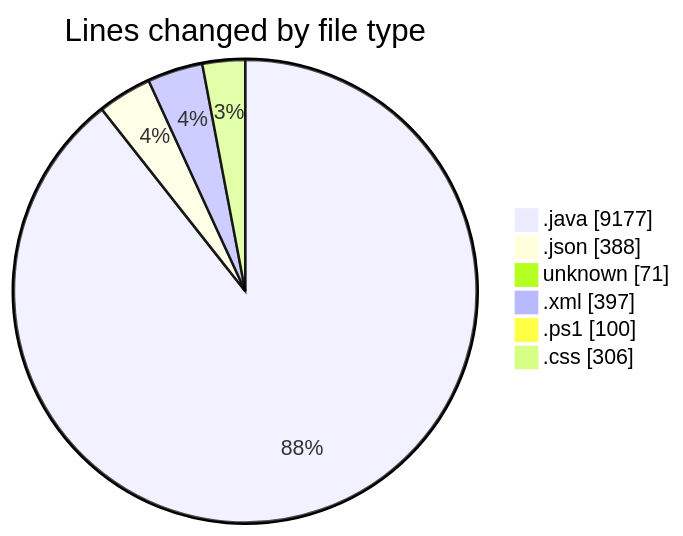
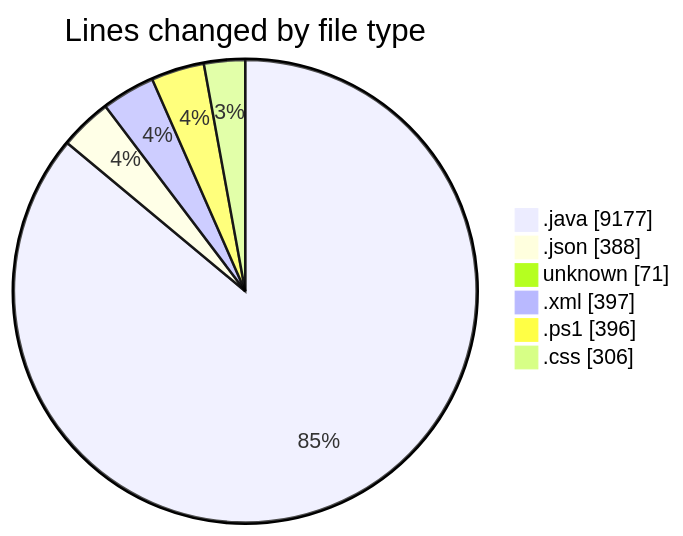
The first of 2 diagrams in 2025-02-25/micros/README.md (charlie-sans/code-tracking), drawn with Mermaid before and after one commit. The commit also changed other lines of this file and 1 other file, not shown here.

````diff
--- a/2025-02-25/micros/README.md
+++ b/2025-02-25/micros/README.md
@@ -61,10 +62,10 @@
 ```mermaid
 pie showData
 title Lines changed by file type
 ".java" : 9177
 ".json" : 388
 "unknown" : 71
 ".xml" : 397
-".ps1" : 100
+".ps1" : 396
 ".css" : 306
 ```
````
